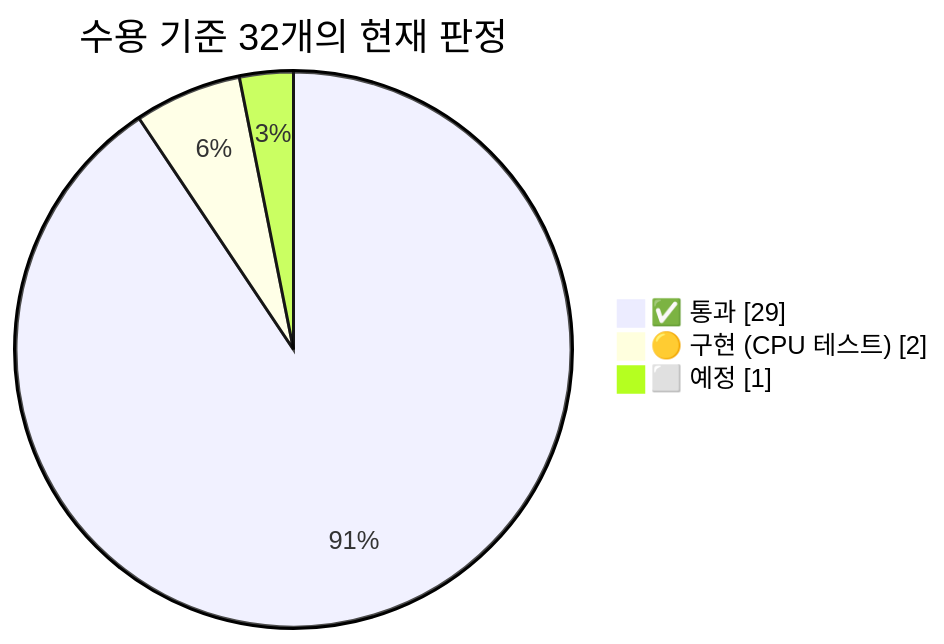
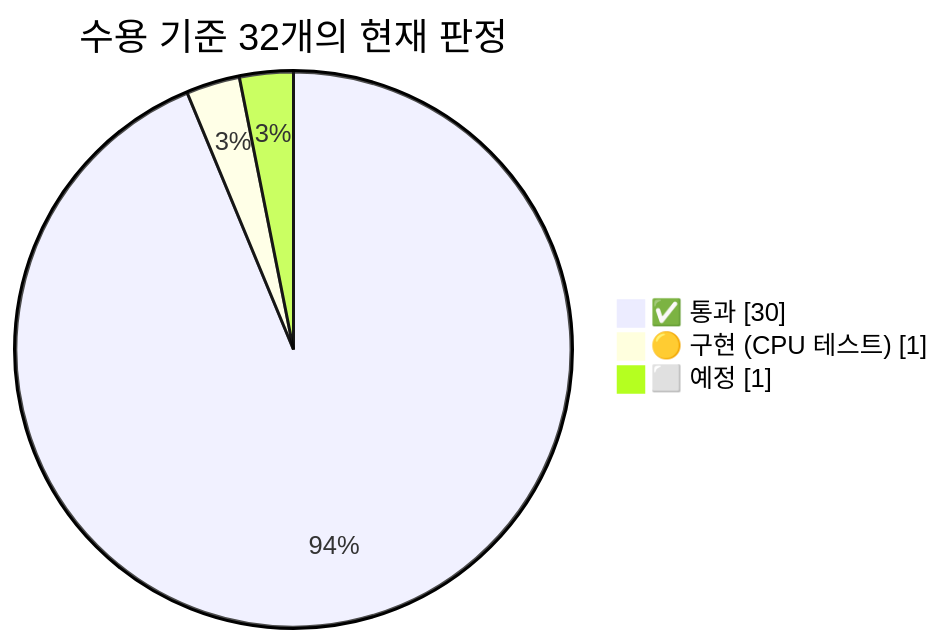
One commit to Youngmin17/TriCast changed the fourth of 6 diagrams in docs/SPEC.md. Above: the diagram before and after it, drawn with Mermaid. The commit also changed other lines of this file and 33 other files, not shown here.

````diff
--- a/docs/SPEC.md
+++ b/docs/SPEC.md
@@ -461,7 +461,7 @@
 ```mermaid
 pie showData
     title 수용 기준 32개의 현재 판정
-    "✅ 통과" : 29
-    "🟡 구현 (CPU 테스트)" : 2
+    "✅ 통과" : 30
+    "🟡 구현 (CPU 테스트)" : 1
     "⬜ 예정" : 1
 ```
````
